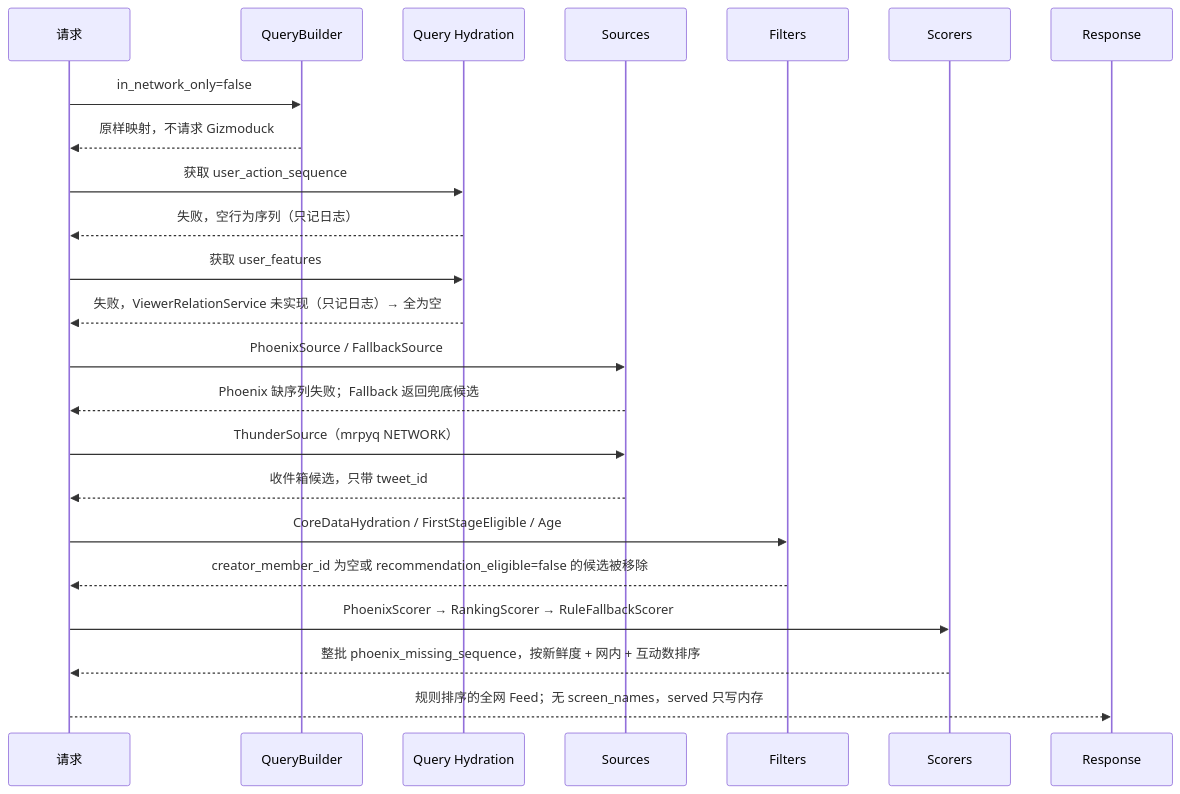
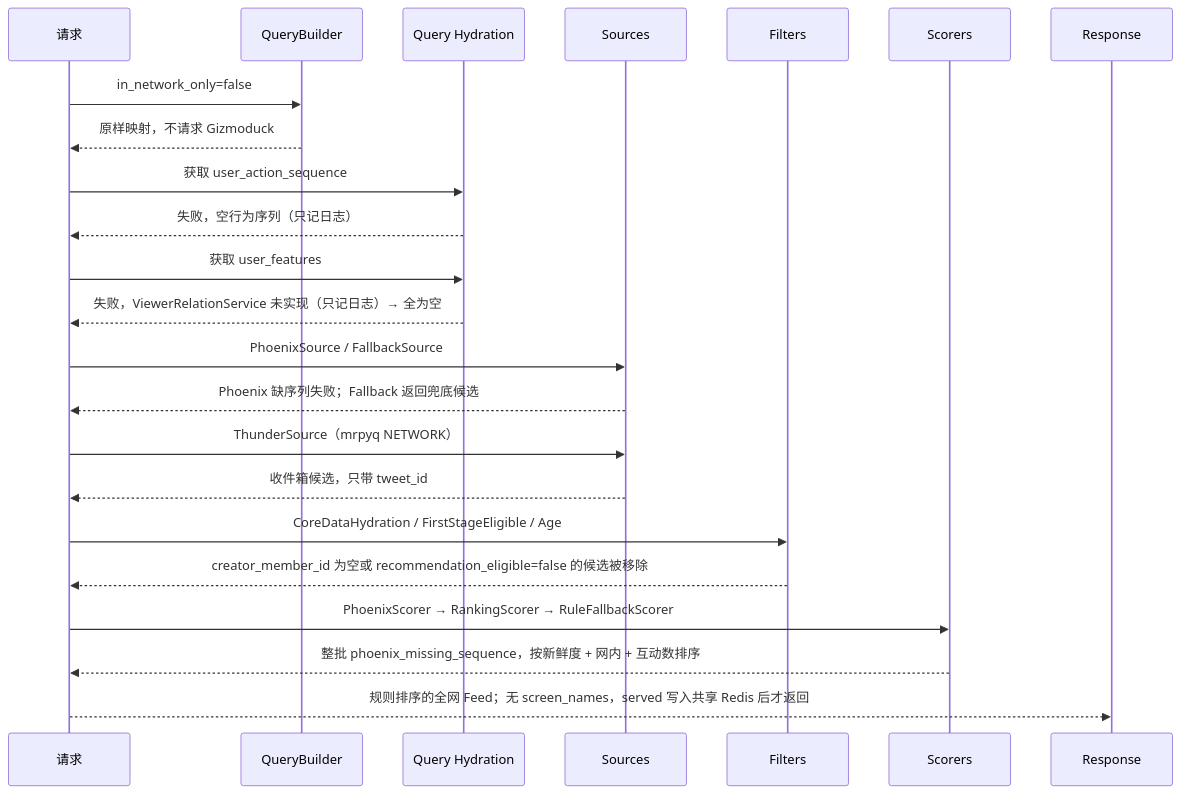
One commit to freefcw/x-algorithm changed the second of 2 diagrams in docs/home-mixer/10-end-to-end-example.md. Above: the diagram before and after it, drawn with Mermaid. The commit also changed other lines of this file and 10 other files, not shown here.

Commit message:
docs: document Redis feed state configuration

````diff
--- a/docs/home-mixer/10-end-to-end-example.md
+++ b/docs/home-mixer/10-end-to-end-example.md
@@ -227,33 +227,33 @@
 ```mermaid
 sequenceDiagram
     participant Req as 请求
     participant QB as QueryBuilder
     participant QH as Query Hydration
     participant SRC as Sources
     participant FIL as Filters
     participant SCO as Scorers
     participant Resp as Response
 
     Req->>QB: in_network_only=false
     QB-->>Req: 原样映射，不请求 Gizmoduck
 
     Req->>QH: 获取 user_action_sequence
     QH-->>Req: 失败，空行为序列（只记日志）
 
     Req->>QH: 获取 user_features
     QH-->>Req: 失败，ViewerRelationService 未实现（只记日志）→ 全为空
 
     Req->>SRC: PhoenixSource / FallbackSource
     SRC-->>Req: Phoenix 缺序列失败；Fallback 返回兜底候选
 
     Req->>SRC: ThunderSource（mrpyq NETWORK）
     SRC-->>Req: 收件箱候选，只带 tweet_id
 
     Req->>FIL: CoreDataHydration / FirstStageEligible / Age
     FIL-->>Req: creator_member_id 为空或 recommendation_eligible=false 的候选被移除
 
     Req->>SCO: PhoenixScorer → RankingScorer → RuleFallbackScorer
     SCO-->>Req: 整批 phoenix_missing_sequence，按新鲜度 + 网内 + 互动数排序
 
-    Req-->>Resp: 规则排序的全网 Feed；无 screen_names，served 只写内存
+    Req-->>Resp: 规则排序的全网 Feed；无 screen_names，served 写入共享 Redis 后才返回
 ```
````
